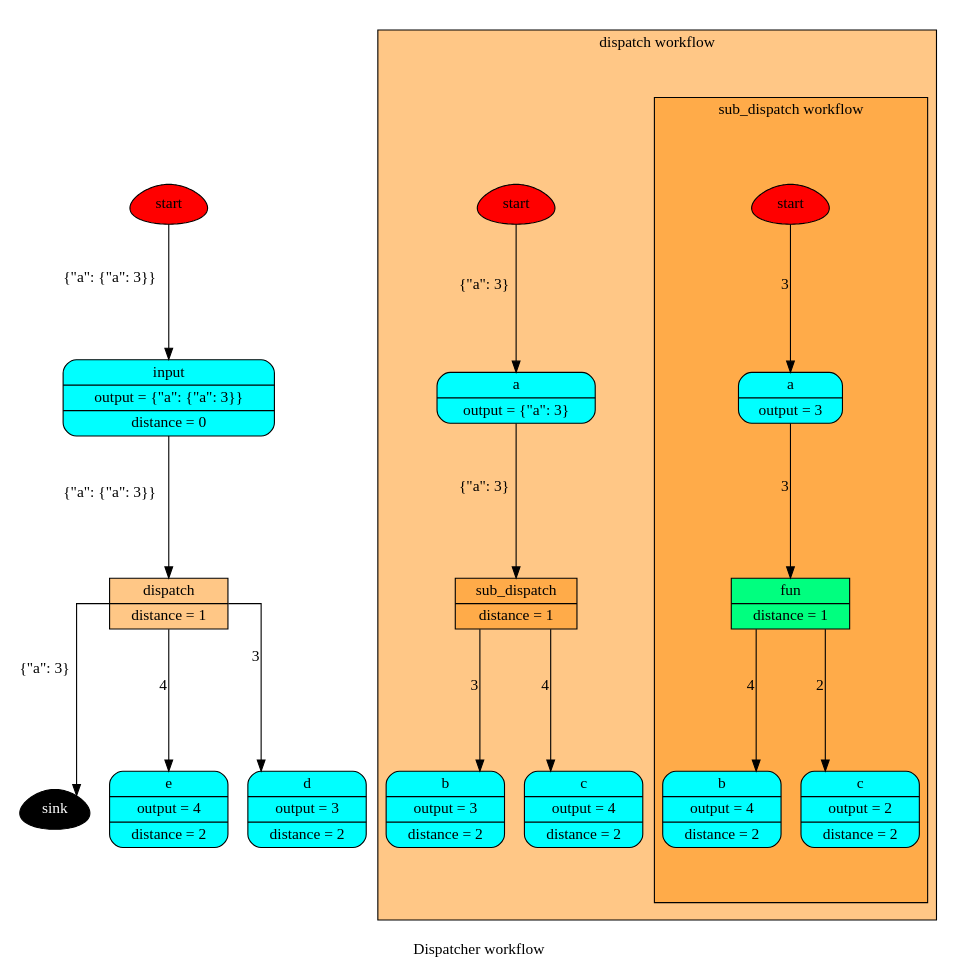
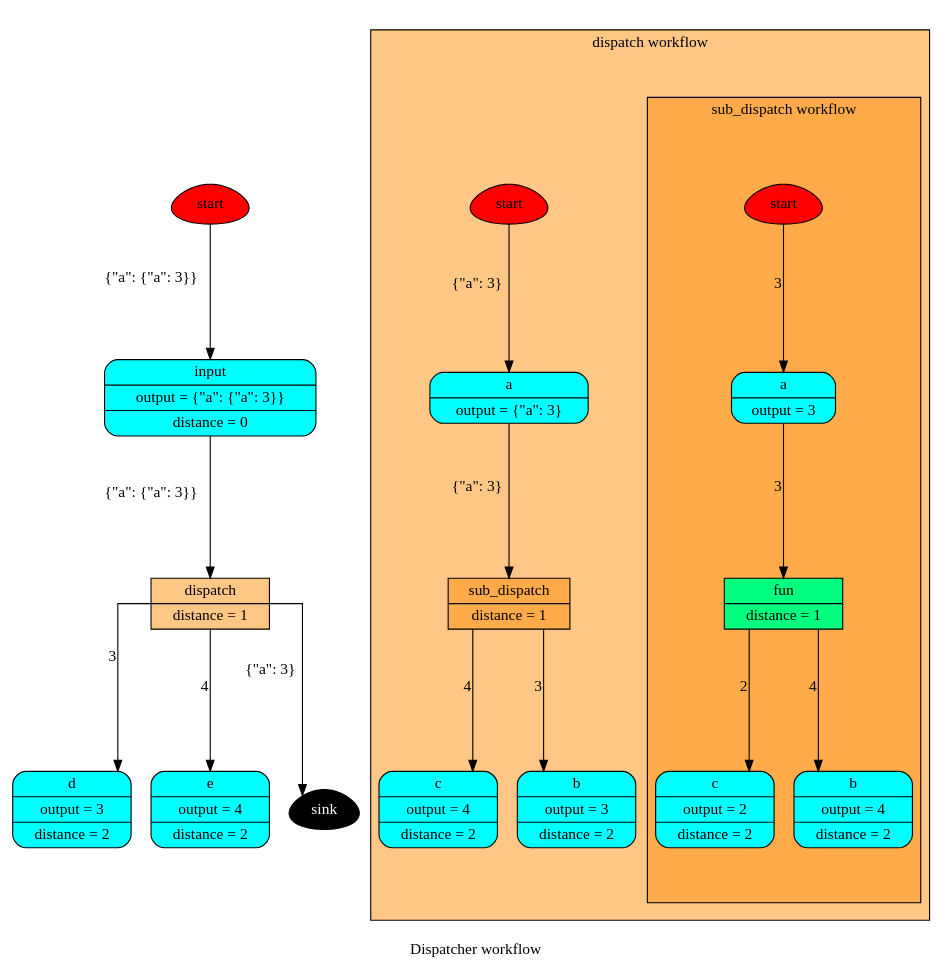
The diagram in doc/dispatcher/draw/wf.dot (vinci1it2000/schedula), drawn with Graphviz before and after one commit. The commit also changed 24 other files, not shown here.

Commit message:
draw: SubDispatchFunction.

```diff
--- a/doc/dispatcher/draw/wf.dot
+++ b/doc/dispatcher/draw/wf.dot
@@ -1,47 +1,47 @@
 digraph Dispatcher {
 	graph [ratio=1]
 	node [style=filled]
+	label = "Dispatcher workflow"
 	splines = ortho
-	label = "Dispatcher workflow"
-		Dispatcher_78779400 [label=start fillcolor=red shape=egg]
-		Dispatcher_78779640 [label=sink fillcolor=black fontcolor=white shape=egg]
-		subgraph "cluster_Dispatcher_-1071245417258704875" {
+		Dispatcher_78382088 [label=start fillcolor=red shape=egg]
+		Dispatcher_2454507358469954929 [label="{ d | output = 3 | distance = 2 }" fillcolor=cyan shape=Mrecord]
+		"Dispatcher_-623183564480841321" [label="{ e | output = 4 | distance = 2 }" fillcolor=cyan shape=Mrecord]
+		"Dispatcher_-6226553826675099207" [label="{ input | output = \{&quot;a&quot;: \{&quot;a&quot;: 3\}\} | distance = 0 }" fillcolor=cyan shape=Mrecord]
+		subgraph "cluster_Dispatcher_-6422410124948246326" {
 		style=filled
 		fillcolor="#FF8F0F80"
 		label="dispatch workflow"
 		comment="dispatch"
-			"cluster_Dispatcher_-1071245417258704875_78779400" [label=start fillcolor=red shape=egg]
-			subgraph "cluster_cluster_Dispatcher_-1071245417258704875_1684454154490831905" {
+			"cluster_Dispatcher_-6422410124948246326_78382088" [label=start fillcolor=red shape=egg]
+			"cluster_Dispatcher_-6422410124948246326_-6053996528196385240" [label="{ c | output = 4 | distance = 2 }" fillcolor=cyan shape=Mrecord]
+			"cluster_Dispatcher_-6422410124948246326_2203997267912285163" [label="{ a | output = \{&quot;a&quot;: 3\} }" fillcolor=cyan shape=Mrecord]
+			"cluster_Dispatcher_-6422410124948246326_6185816497042703556" [label="{ b | output = 3 | distance = 2 }" fillcolor=cyan shape=Mrecord]
+			subgraph "cluster_cluster_Dispatcher_-6422410124948246326_7845978834059541429" {
 			style=filled
 			fillcolor="#FF8F0F80"
 			label="sub_dispatch workflow"
 			comment="sub_dispatch"
-				"cluster_cluster_Dispatcher_-1071245417258704875_1684454154490831905_78779400" [label=start fillcolor=red shape=egg]
-				"cluster_cluster_Dispatcher_-1071245417258704875_1684454154490831905_6978204315916669291" [label="{ a | output = 3 }" fillcolor=cyan shape=Mrecord]
-				"cluster_cluster_Dispatcher_-1071245417258704875_1684454154490831905_5731122394292607163" [label="{ b | output = 4 | distance = 2 }" fillcolor=cyan shape=Mrecord]
-				"cluster_cluster_Dispatcher_-1071245417258704875_1684454154490831905_8883531044904644734" [label="{ fun | distance = 1 }" fillcolor=springgreen shape=record]
-				"cluster_cluster_Dispatcher_-1071245417258704875_1684454154490831905_-9068828303841174803" [label="{ c | output = 2 | distance = 2 }" fillcolor=cyan shape=Mrecord]
-					"cluster_cluster_Dispatcher_-1071245417258704875_1684454154490831905_78779400" -> "cluster_cluster_Dispatcher_-1071245417258704875_1684454154490831905_6978204315916669291" [xlabel=3]
-					"cluster_cluster_Dispatcher_-1071245417258704875_1684454154490831905_6978204315916669291" -> "cluster_cluster_Dispatcher_-1071245417258704875_1684454154490831905_8883531044904644734" [xlabel=3]
-					"cluster_cluster_Dispatcher_-1071245417258704875_1684454154490831905_8883531044904644734" -> "cluster_cluster_Dispatcher_-1071245417258704875_1684454154490831905_5731122394292607163" [xlabel=4]
-					"cluster_cluster_Dispatcher_-1071245417258704875_1684454154490831905_8883531044904644734" -> "cluster_cluster_Dispatcher_-1071245417258704875_1684454154490831905_-9068828303841174803" [xlabel=2]
+				"cluster_cluster_Dispatcher_-6422410124948246326_7845978834059541429_78382088" [label=start fillcolor=red shape=egg]
+				"cluster_cluster_Dispatcher_-6422410124948246326_7845978834059541429_-6053996528196385240" [label="{ c | output = 2 | distance = 2 }" fillcolor=cyan shape=Mrecord]
+				"cluster_cluster_Dispatcher_-6422410124948246326_7845978834059541429_2203997267912285163" [label="{ a | output = 3 }" fillcolor=cyan shape=Mrecord]
+				"cluster_cluster_Dispatcher_-6422410124948246326_7845978834059541429_6185816497042703556" [label="{ b | output = 4 | distance = 2 }" fillcolor=cyan shape=Mrecord]
+				"cluster_cluster_Dispatcher_-6422410124948246326_7845978834059541429_-6229456391003596037" [label="{ fun | distance = 1 }" fillcolor=springgreen shape=record]
+					"cluster_cluster_Dispatcher_-6422410124948246326_7845978834059541429_78382088" -> "cluster_cluster_Dispatcher_-6422410124948246326_7845978834059541429_2203997267912285163" [xlabel=3]
+					"cluster_cluster_Dispatcher_-6422410124948246326_7845978834059541429_2203997267912285163" -> "cluster_cluster_Dispatcher_-6422410124948246326_7845978834059541429_-6229456391003596037" [xlabel=3]
+					"cluster_cluster_Dispatcher_-6422410124948246326_7845978834059541429_-6229456391003596037" -> "cluster_cluster_Dispatcher_-6422410124948246326_7845978834059541429_-6053996528196385240" [xlabel=2]
+					"cluster_cluster_Dispatcher_-6422410124948246326_7845978834059541429_-6229456391003596037" -> "cluster_cluster_Dispatcher_-6422410124948246326_7845978834059541429_6185816497042703556" [xlabel=4]
 			}
-			"cluster_Dispatcher_-1071245417258704875_1684454154490831905" [label="{ sub_dispatch | distance = 1 }" fillcolor="#FF8F0F80" shape=record]
-			"cluster_Dispatcher_-1071245417258704875_6978204315916669291" [label="{ a | output = \{&quot;a&quot;: 3\} }" fillcolor=cyan shape=Mrecord]
-			"cluster_Dispatcher_-1071245417258704875_5731122394292607163" [label="{ b | output = 3 | distance = 2 }" fillcolor=cyan shape=Mrecord]
-			"cluster_Dispatcher_-1071245417258704875_-9068828303841174803" [label="{ c | output = 4 | distance = 2 }" fillcolor=cyan shape=Mrecord]
-				"cluster_Dispatcher_-1071245417258704875_78779400" -> "cluster_Dispatcher_-1071245417258704875_6978204315916669291" [xlabel="\{&quot;a&quot;: 3\}"]
-				"cluster_Dispatcher_-1071245417258704875_1684454154490831905" -> "cluster_Dispatcher_-1071245417258704875_5731122394292607163" [xlabel=3]
-				"cluster_Dispatcher_-1071245417258704875_1684454154490831905" -> "cluster_Dispatcher_-1071245417258704875_-9068828303841174803" [xlabel=4]
-				"cluster_Dispatcher_-1071245417258704875_6978204315916669291" -> "cluster_Dispatcher_-1071245417258704875_1684454154490831905" [xlabel="\{&quot;a&quot;: 3\}"]
+			"cluster_Dispatcher_-6422410124948246326_7845978834059541429" [label="{ sub_dispatch | distance = 1 }" fillcolor="#FF8F0F80" shape=record]
+				"cluster_Dispatcher_-6422410124948246326_78382088" -> "cluster_Dispatcher_-6422410124948246326_2203997267912285163" [xlabel="\{&quot;a&quot;: 3\}"]
+				"cluster_Dispatcher_-6422410124948246326_2203997267912285163" -> "cluster_Dispatcher_-6422410124948246326_7845978834059541429" [xlabel="\{&quot;a&quot;: 3\}"]
+				"cluster_Dispatcher_-6422410124948246326_7845978834059541429" -> "cluster_Dispatcher_-6422410124948246326_-6053996528196385240" [xlabel=4]
+				"cluster_Dispatcher_-6422410124948246326_7845978834059541429" -> "cluster_Dispatcher_-6422410124948246326_6185816497042703556" [xlabel=3]
 		}
-		"Dispatcher_-1071245417258704875" [label="{ dispatch | distance = 1 }" fillcolor="#FF8F0F80" shape=record]
-		Dispatcher_336007812384011630 [label="{ e | output = 4 | distance = 2 }" fillcolor=cyan shape=Mrecord]
-		Dispatcher_5471397706553619705 [label="{ d | output = 3 | distance = 2 }" fillcolor=cyan shape=Mrecord]
-		Dispatcher_4895577248039826542 [label="{ input | output = \{&quot;a&quot;: \{&quot;a&quot;: 3\}\} | distance = 0 }" fillcolor=cyan shape=Mrecord]
-			"Dispatcher_-1071245417258704875" -> Dispatcher_78779640 [xlabel="\{&quot;a&quot;: 3\}"]
-			"Dispatcher_-1071245417258704875" -> Dispatcher_5471397706553619705 [xlabel=3]
-			"Dispatcher_-1071245417258704875" -> Dispatcher_336007812384011630 [xlabel=4]
-			Dispatcher_78779400 -> Dispatcher_4895577248039826542 [xlabel="\{&quot;a&quot;: \{&quot;a&quot;: 3\}\}"]
-			Dispatcher_4895577248039826542 -> "Dispatcher_-1071245417258704875" [xlabel="\{&quot;a&quot;: \{&quot;a&quot;: 3\}\}"]
+		"Dispatcher_-6422410124948246326" [label="{ dispatch | distance = 1 }" fillcolor="#FF8F0F80" shape=record]
+		Dispatcher_78382328 [label=sink fillcolor=black fontcolor=white shape=egg]
+			Dispatcher_78382088 -> "Dispatcher_-6226553826675099207" [xlabel="\{&quot;a&quot;: \{&quot;a&quot;: 3\}\}"]
+			"Dispatcher_-6226553826675099207" -> "Dispatcher_-6422410124948246326" [xlabel="\{&quot;a&quot;: \{&quot;a&quot;: 3\}\}"]
+			"Dispatcher_-6422410124948246326" -> Dispatcher_78382328 [xlabel="\{&quot;a&quot;: 3\}"]
+			"Dispatcher_-6422410124948246326" -> Dispatcher_2454507358469954929 [xlabel=3]
+			"Dispatcher_-6422410124948246326" -> "Dispatcher_-623183564480841321" [xlabel=4]
 }
```
